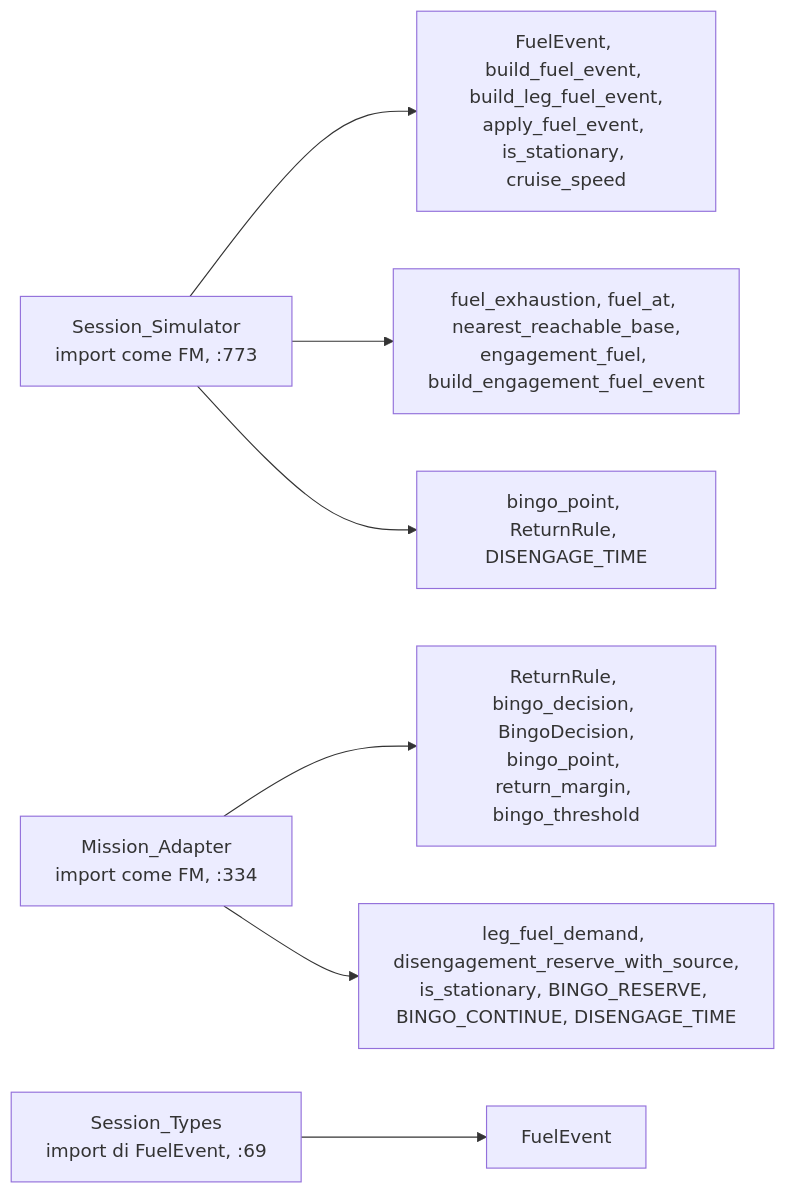
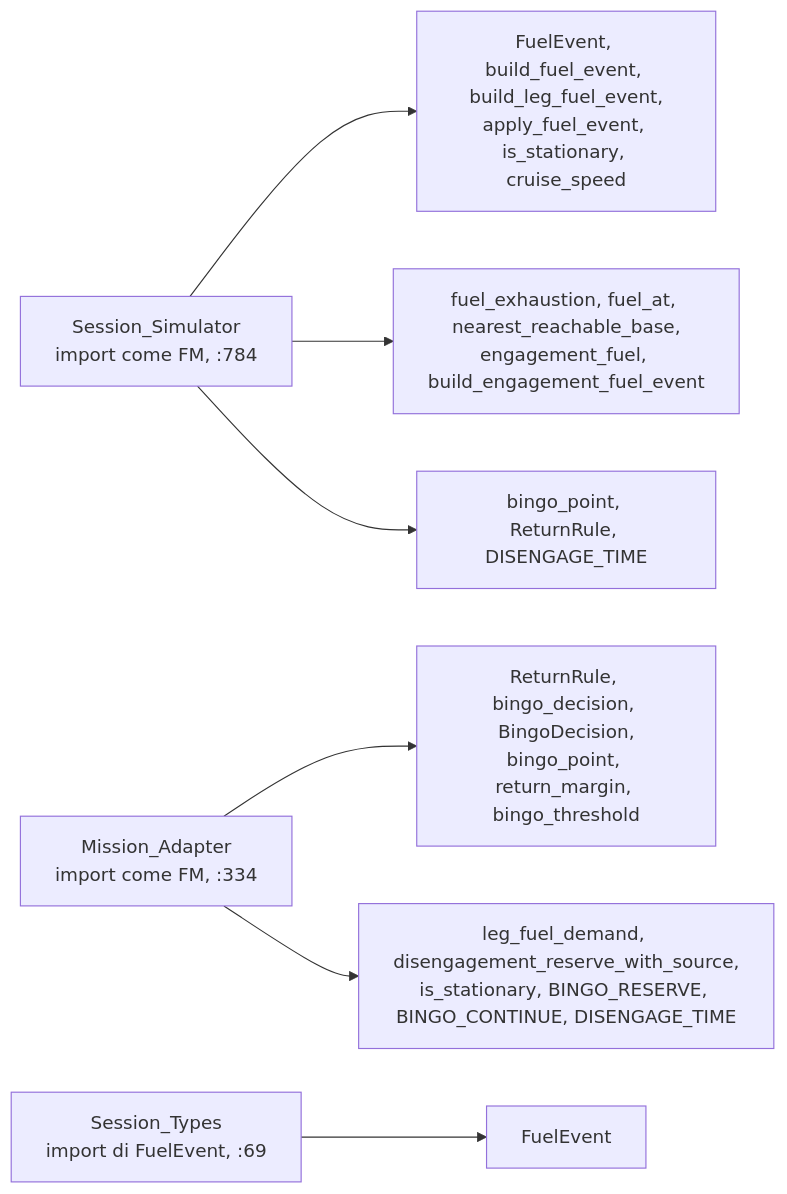
Before and after one commit to MakusIV/Warfare-Model: diagram 16 of 20 in Analysis/Document/Manuale_Motore_DES/11b_Atlante_Missione_Carburante.md, drawn with Mermaid. The commit also changed other lines of this file and 8 other files, not shown here.

````diff
--- a/Analysis/Document/Manuale_Motore_DES/11b_Atlante_Missione_Carburante.md
+++ b/Analysis/Document/Manuale_Motore_DES/11b_Atlante_Missione_Carburante.md
@@ -1105,19 +1103,19 @@
 ```mermaid
 flowchart LR
-    SS["Session_Simulator<br/>import come FM, :773"]
+    SS["Session_Simulator<br/>import come FM, :784"]
     MA["Mission_Adapter<br/>import come FM, :334"]
     ST["Session_Types<br/>import di FuelEvent, :69"]
     S1["FuelEvent, build_fuel_event, build_leg_fuel_event,<br/>apply_fuel_event, is_stationary, cruise_speed"]
     S2["fuel_exhaustion, fuel_at, nearest_reachable_base,<br/>engagement_fuel, build_engagement_fuel_event"]
     S3["bingo_point, ReturnRule, DISENGAGE_TIME"]
     M1["ReturnRule, bingo_decision, BingoDecision,<br/>bingo_point, return_margin, bingo_threshold"]
     M2["leg_fuel_demand, disengagement_reserve_with_source,<br/>is_stationary, BINGO_RESERVE, BINGO_CONTINUE, DISENGAGE_TIME"]
     T1["FuelEvent"]
 
     SS --> S1
     SS --> S2
     SS --> S3
     MA --> M1
     MA --> M2
     ST --> T1
 ```
````
